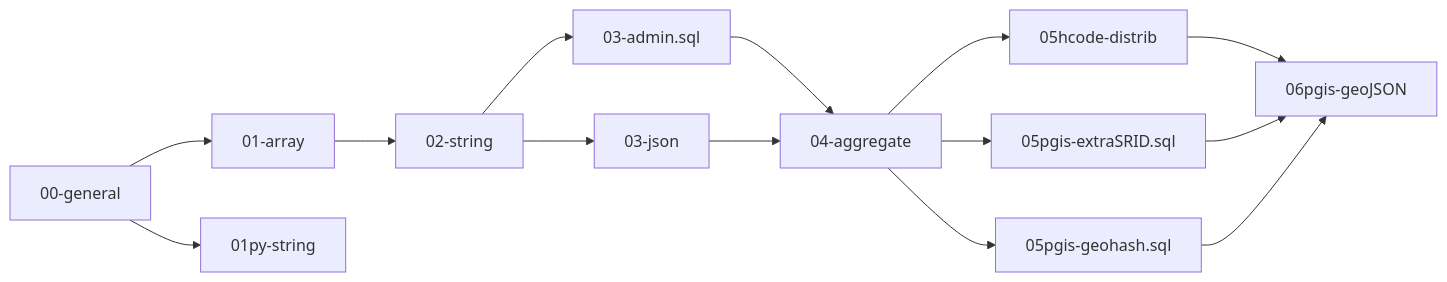
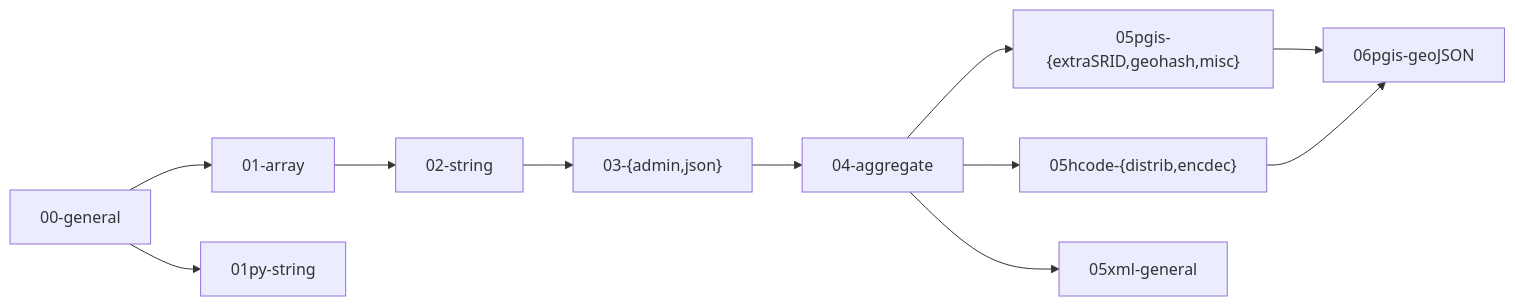
One commit to AddressForAll/pg_pubLib-v1 changed the diagram in docs/install.md. Above: the diagram before and after it, drawn with Mermaid. The commit also changed other lines of this file, not shown here.

Commit message:
update dependencies

````diff
--- a/docs/install.md
+++ b/docs/install.md
@@ -10,6 +10,10 @@
 ```mermaid
 graph LR
+    x3["03-{admin,json}"]
+    x5h["05hcode-{distrib,encdec}"]
+    x5gis["05pgis-{extraSRID,geohash,misc}"]
     00-general --> 01-array & 01py-string
-    01-array --> 02-string --> 03-admin.sql & 03-json --> 04-aggregate
-    04-aggregate --> 05hcode-distrib & 05pgis-extraSRID.sql & 05pgis-geohash.sql --> 06pgis-geoJSON
+    01-array --> 02-string --> x3 --> 04-aggregate
+    04-aggregate --> x5h & x5gis & 05xml-general
+    x5gis & x5h --> 06pgis-geoJSON
 ```
````
